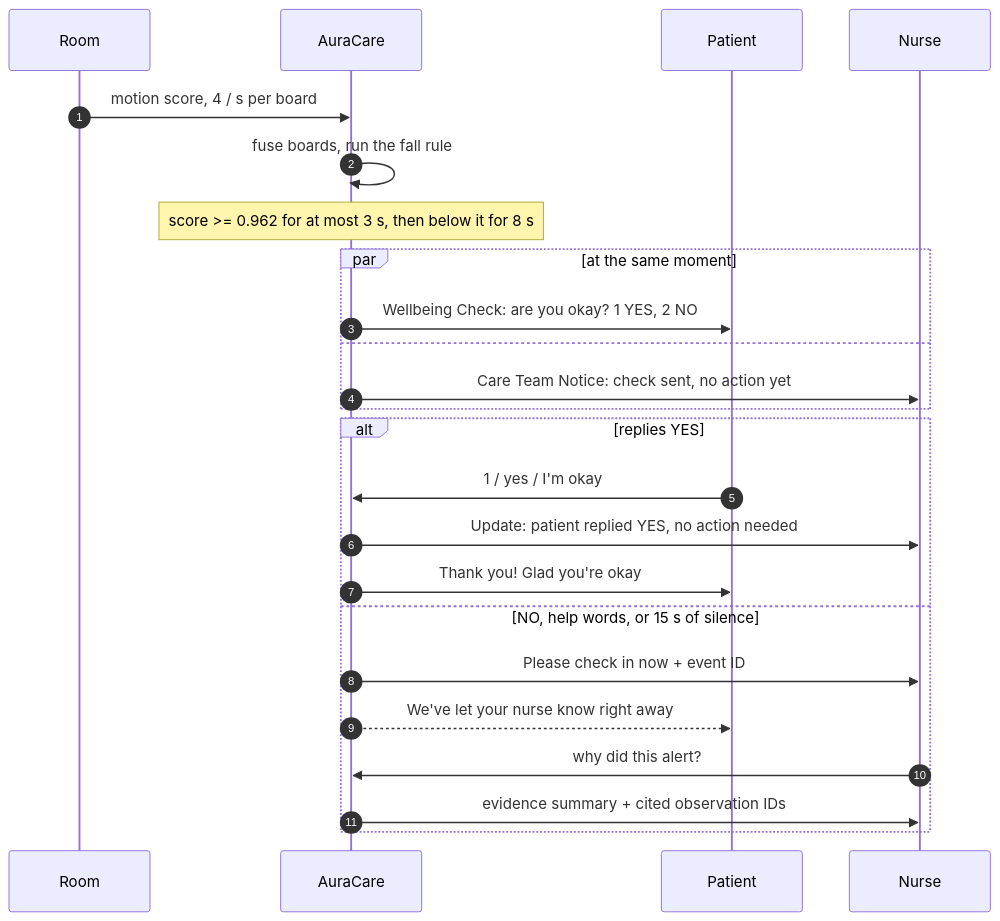
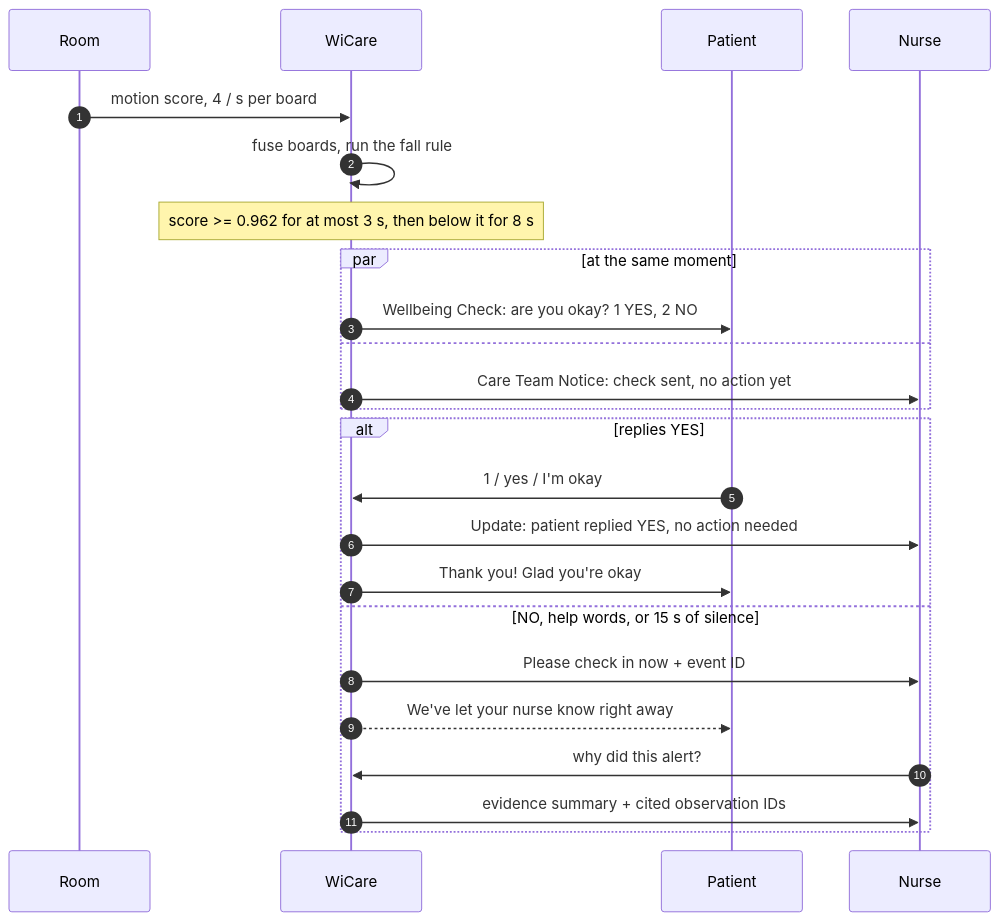
One commit to NullPranaya/WiCare changed the second of 2 diagrams in README.md. Above: the diagram before and after it, drawn with Mermaid. The commit also changed other lines of this file and 30 other files, not shown here.

Commit message:
WiCare room view: nurse replies 1 and the dashboard opens a 3D hospital room with a pixel-style patient falling out of bed; rename AuraCare to WiCare; phone remote for the monitor

````diff
--- a/README.md
+++ b/README.md
@@ -168,26 +168,26 @@
 ```mermaid
 sequenceDiagram
     autonumber
     participant R as Room
-    participant A as AuraCare
+    participant A as WiCare
     participant P as Patient
     participant C as Nurse
     R->>A: motion score, 4 / s per board
     A->>A: fuse boards, run the fall rule
     Note over A: score >= 0.962 for at most 3 s, then below it for 8 s
     par at the same moment
         A->>P: Wellbeing Check: are you okay? 1 YES, 2 NO
     and
         A->>C: Care Team Notice: check sent, no action yet
     end
     alt replies YES
         P->>A: 1 / yes / I'm okay
         A->>C: Update: patient replied YES, no action needed
         A->>P: Thank you! Glad you're okay
     else NO, help words, or 15 s of silence
         A->>C: Please check in now + event ID
         A-->>P: We've let your nurse know right away
         C->>A: why did this alert?
         A->>C: evidence summary + cited observation IDs
     end
 ```
````
